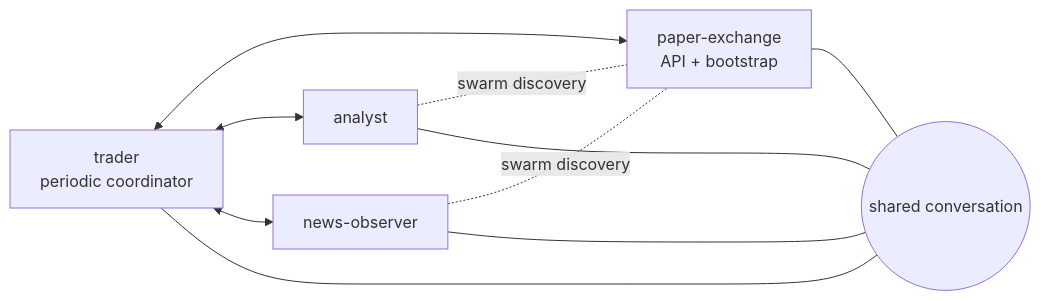
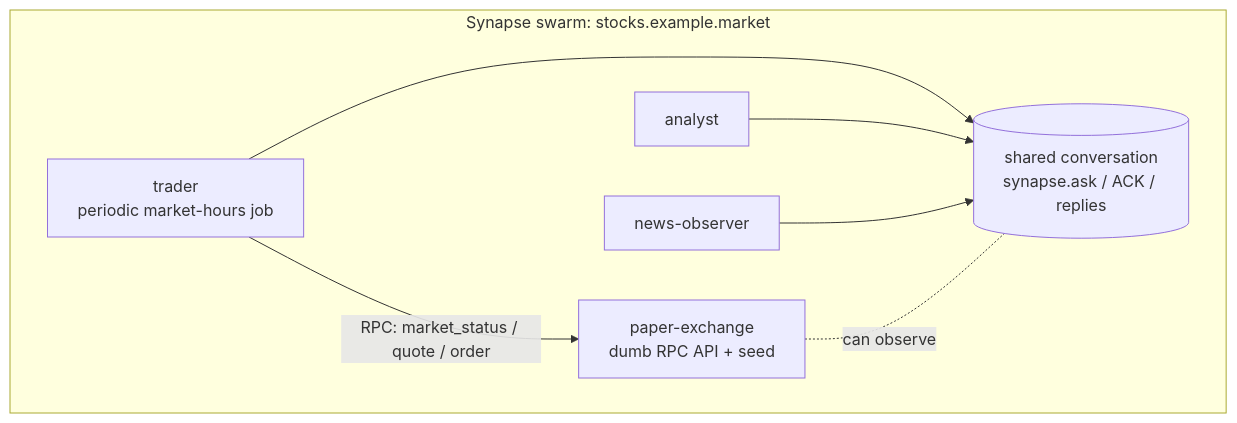
Before and after one commit to dvf/synapse: the diagram in examples/stock_trading_team/README.md, drawn with Mermaid. The commit also changed other lines of this file, not shown here.

Commit message:
Revise README to update flowchart and clarify trader's role in market status checks

````diff
--- a/examples/stock_trading_team/README.md
+++ b/examples/stock_trading_team/README.md
@@ -12,19 +12,17 @@
 ```mermaid
-flowchart LR
-    Exchange["paper-exchange<br/>API + bootstrap"]
-    Trader["trader<br/>periodic coordinator"]
-    Analyst["analyst"]
-    News["news-observer"]
+flowchart TB
+    subgraph Swarm["Synapse swarm: stocks.example.market"]
+        Conversation[("shared conversation<br/>synapse.ask / ACK / replies")]
+        Trader["trader<br/>periodic market-hours job"]
+        Analyst["analyst"]
+        News["news-observer"]
+        Exchange["paper-exchange<br/>dumb RPC API + seed"]
+    end
 
-    Trader <--> Exchange
-    Trader <--> Analyst
-    Trader <--> News
-    Analyst -. swarm discovery .- Exchange
-    News -. swarm discovery .- Exchange
+    Trader --> Conversation
+    Analyst --> Conversation
+    News --> Conversation
+    Exchange -. can observe .- Conversation
 
-    Conversation((shared conversation))
-    Trader --- Conversation
-    Analyst --- Conversation
-    News --- Conversation
-    Exchange --- Conversation
+    Trader -->|"RPC: market_status / quote / order"| Exchange
 ```
````
